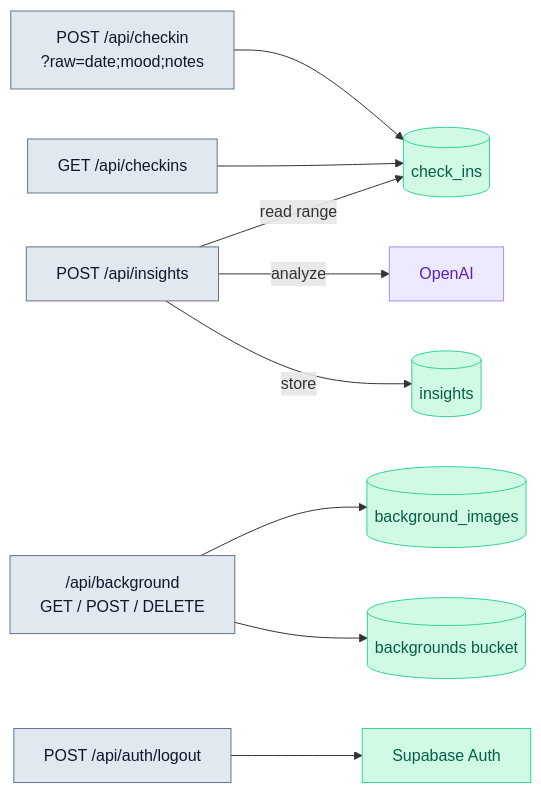
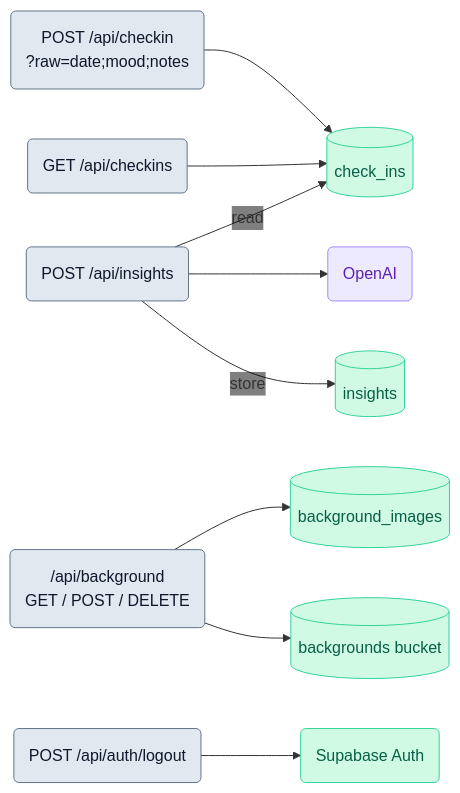
Before and after one commit to dhu2022-dev/mental-health-checkin: the second of 2 diagrams in README.md, drawn with Mermaid. The commit also changed other lines of this file, not shown here.

Commit message:
Style fix for readme diagram

````diff
--- a/README.md
+++ b/README.md
@@ -45,22 +46,23 @@
 ```mermaid
+%%{init: {"themeVariables": {"edgeLabelBackground": "transparent"}}}%%
 flowchart LR
-    checkin["POST /api/checkin<br/>?raw=date;mood;notes"] --> check_ins[("check_ins")]
-    checkins["GET /api/checkins"] --> check_ins
+    checkin("POST /api/checkin<br/>?raw=date;mood;notes") --> check_ins[("check_ins")]
+    checkins("GET /api/checkins") --> check_ins
 
-    insights["POST /api/insights"] -->|"read range"| check_ins
-    insights -->|"analyze"| openai["OpenAI"]
+    insights("POST /api/insights") -->|"read"| check_ins
+    insights --> openai("OpenAI")
     insights -->|"store"| insights_t[("insights")]
 
-    background["/api/background<br/>GET / POST / DELETE"] --> bg_t[("background_images")]
+    background("/api/background<br/>GET / POST / DELETE") --> bg_t[("background_images")]
     background --> bucket[("backgrounds bucket")]
 
-    logout["POST /api/auth/logout"] --> auth["Supabase Auth"]
+    logout("POST /api/auth/logout") --> auth("Supabase Auth")
 
     classDef route fill:#e2e8f0,stroke:#64748b,color:#0f172a
     classDef supa fill:#d1fae5,stroke:#34d399,color:#065f46
     classDef ai fill:#ede9fe,stroke:#a78bfa,color:#5b21b6
 
     class checkin,checkins,insights,background,logout route
     class check_ins,insights_t,bg_t,bucket,auth supa
     class openai ai
 ```
````
